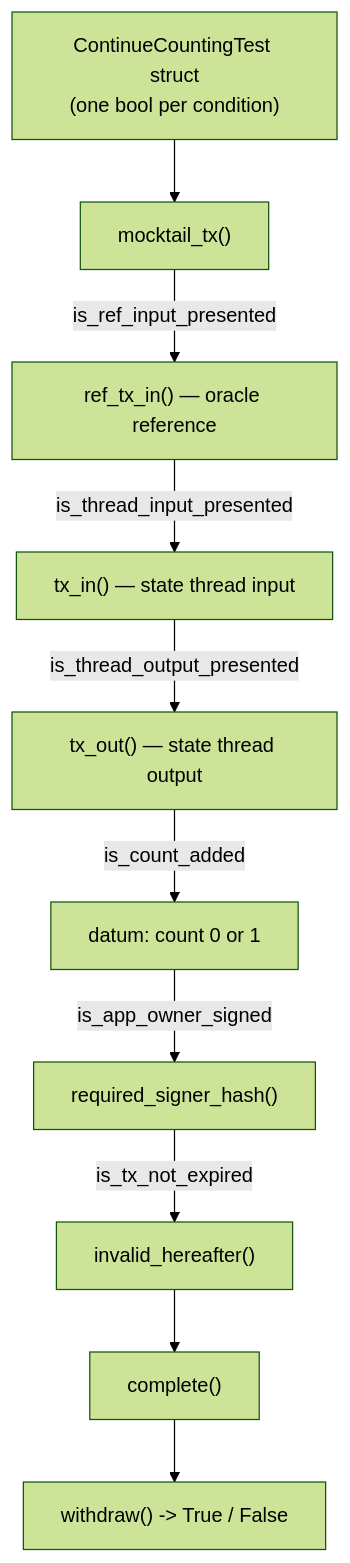
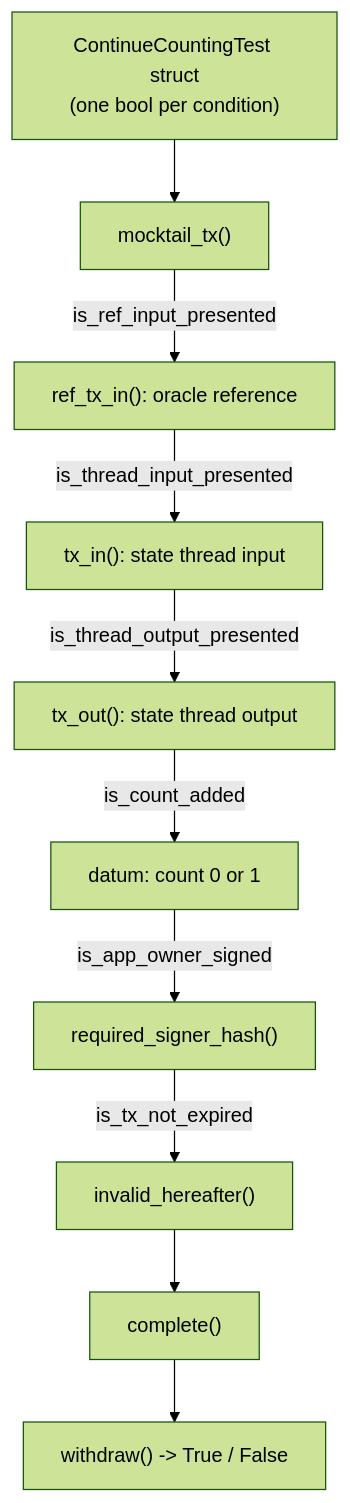
One commit to cardano-foundation/developer-portal changed the diagram in docs/build/smart-contracts/testing.md. Above: the diagram before and after it, drawn with Mermaid (forest theme). The commit also changed other lines of this file and 3 other files, not shown here.

````diff
--- a/docs/build/smart-contracts/testing.md
+++ b/docs/build/smart-contracts/testing.md
@@ -138,12 +138,12 @@
 ```mermaid
 flowchart TD
     TC["ContinueCountingTest struct\n(one bool per condition)"] --> BASE["mocktail_tx()"]
-    BASE -->|"is_ref_input_presented"| REF["ref_tx_in() — oracle reference"]
-    REF -->|"is_thread_input_presented"| TXI["tx_in() — state thread input"]
-    TXI -->|"is_thread_output_presented"| TXO["tx_out() — state thread output"]
+    BASE -->|"is_ref_input_presented"| REF["ref_tx_in(): oracle reference"]
+    REF -->|"is_thread_input_presented"| TXI["tx_in(): state thread input"]
+    TXI -->|"is_thread_output_presented"| TXO["tx_out(): state thread output"]
     TXO -->|"is_count_added"| DAT["datum: count 0 or 1"]
     DAT -->|"is_app_owner_signed"| SIG["required_signer_hash()"]
     SIG -->|"is_tx_not_expired"| EXP["invalid_hereafter()"]
     EXP --> DONE["complete()"]
     DONE --> VAL["withdraw() -> True / False"]
 ```
````
